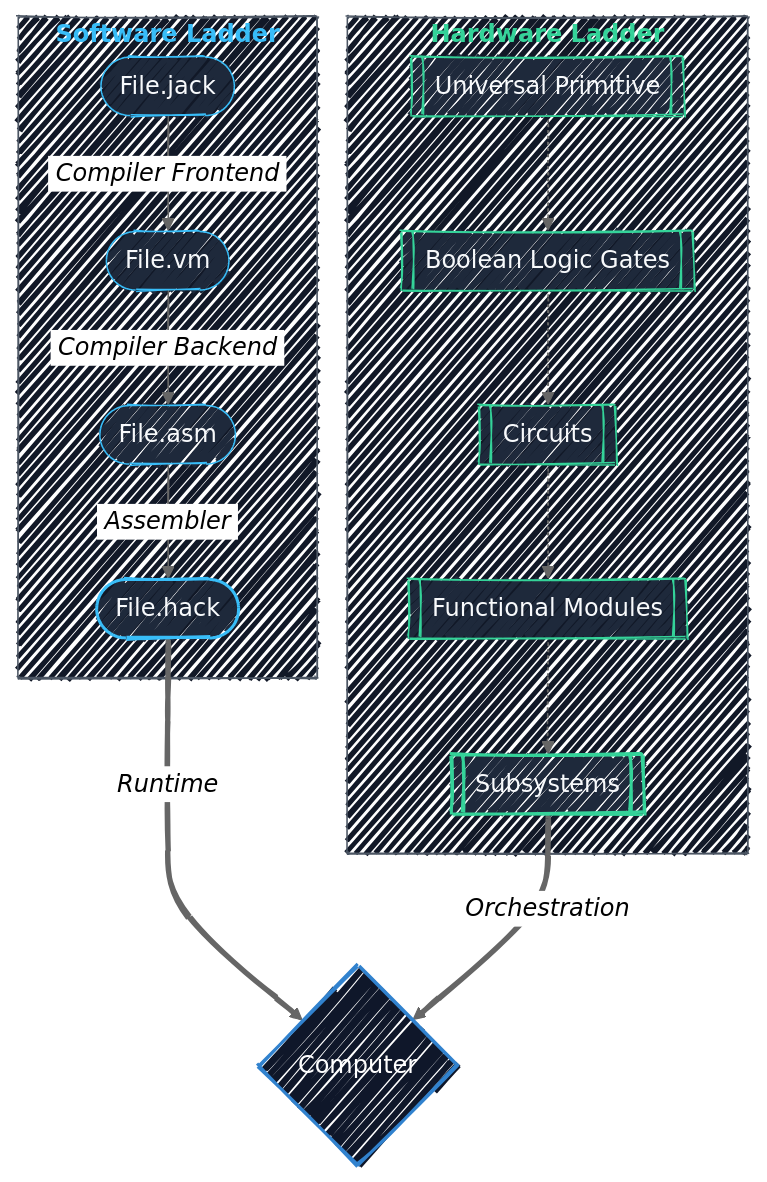
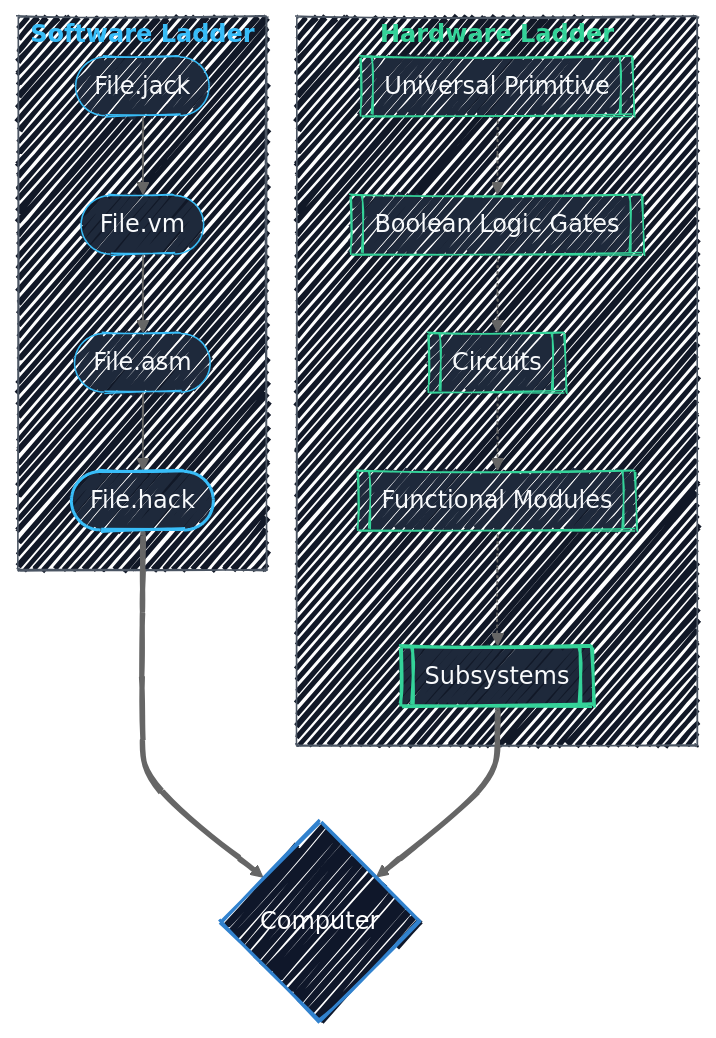
One commit to josephhilby/HackPlusPlus changed the diagram in docs/introduction.md. Above: the diagram before and after it, drawn with Mermaid. The commit also changed 5 other files, not shown here.

````diff
--- a/docs/introduction.md
+++ b/docs/introduction.md
@@ -73,58 +73,58 @@
 ```mermaid
 ---
 config:
   look: handDrawn
   theme: neutral
 ---
 graph TD
     %% Left Side: Software Abstraction Ladder (Builds Down)
     subgraph Software [<font color='#38bdf8'><b>Software Ladder</b></font>]
         Jack([File.jack])
         VM([File.vm])
         Asm([File.asm])
         Hack([File.hack])
 
-        Jack --> |"<i>&nbsp;Compiler Frontend&nbsp;</i>"| VM
-        VM --> |"<i>&nbsp;Compiler Backend&nbsp;</i>"| Asm
-        Asm --> |"<i>&nbsp;Assembler&nbsp;</i>"| Hack
+        Jack --> VM
+        VM --> Asm
+        Asm --> Hack
     end
 
     %% Right Side: Hardware Abstraction Ladder (Builds Up)
     subgraph Hardware [<font color='#34d399'><b>Hardware Ladder</b></font>]
         Subsystems[[Subsystems]]
         Modules[[Functional Modules]]
         Circuits[[Circuits]]
         Gates[[Boolean Logic Gates]]
         NAND[[Universal Primitive]]
 
         Modules -.-> Subsystems
         Circuits -.-> Modules
         Gates -.-> Circuits
         NAND -.-> Gates
     end
 
     %% Central Convergence Node
     Computer{Computer}
 
     %% Cross-boundary connections using unique line types
-    Hack ===> |"<i>&nbsp;Runtime&nbsp;</i>"| Computer
-    Subsystems ==> |"<i>&nbsp;Orchestration&nbsp;</i>"| Computer
+    Hack ===> Computer
+    Subsystems ==> Computer
 
     %% Stable Inline CSS Styling (Nodes)
     style Jack fill:#1e293b,stroke:#38bdf8,stroke-width:1px,color:#f8fafc
     style VM fill:#1e293b,stroke:#38bdf8,stroke-width:1px,color:#f8fafc
     style Asm fill:#1e293b,stroke:#38bdf8,stroke-width:1px,color:#f8fafc
     style Hack fill:#1e293b,stroke:#38bdf8,stroke-width:2px,color:#f8fafc
 
     style NAND fill:#1e293b,stroke:#34d399,stroke-width:1px,color:#f8fafc
     style Gates fill:#1e293b,stroke:#34d399,stroke-width:1px,color:#f8fafc
     style Circuits fill:#1e293b,stroke:#34d399,stroke-width:1px,color:#f8fafc
     style Modules fill:#1e293b,stroke:#34d399,stroke-width:1px,color:#f8fafc
     style Subsystems fill:#1e293b,stroke:#34d399,stroke-width:2px,color:#f8fafc
 
     style Computer fill:#0f172a,stroke:#3182ce,stroke-width:2px,color:#fff
 
     %% Subgraph Container Styles (Masks out the sketch lines)
     style Software fill:#111827,stroke:#4b5563,stroke-width:1px
     style Hardware fill:#111827,stroke:#4b5563,stroke-width:1px
 ```
````
